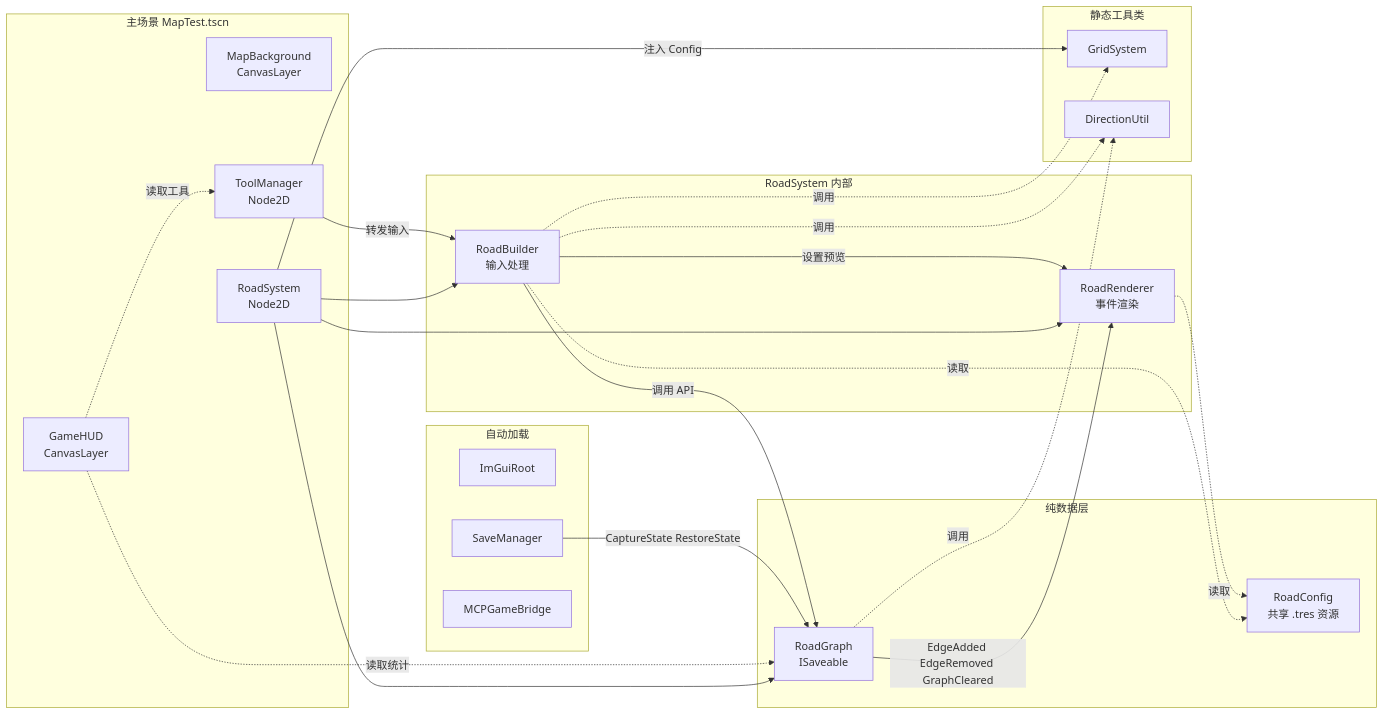
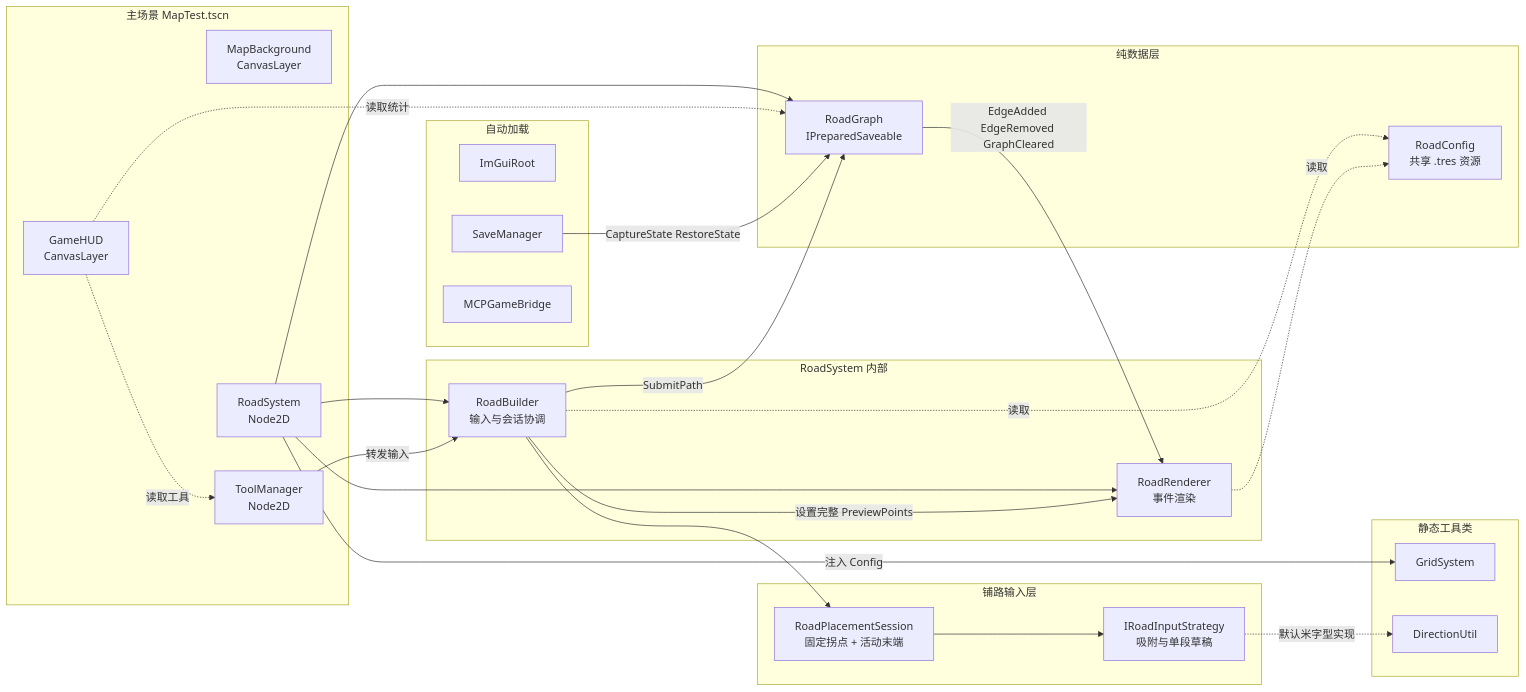
The first of 9 diagrams in docs/reference/game-logic.md (xianfishyu/SimpleCities), drawn with Mermaid before and after one commit. The commit also changed other lines of this file and 12 other files, not shown here.

````diff
--- a/docs/reference/game-logic.md
+++ b/docs/reference/game-logic.md
@@ -11,52 +11,57 @@
 ```mermaid
 flowchart LR
     subgraph Autoload["自动加载"]
         ImGuiRoot["ImGuiRoot"]
         SaveMgr["SaveManager"]
         MCP["MCPGameBridge"]
     end
 
     subgraph SceneTree["主场景 MapTest.tscn"]
         MapBg["MapBackground<br/>CanvasLayer"]
         RoadSys["RoadSystem<br/>Node2D"]
         ToolMgr["ToolManager<br/>Node2D"]
         GameHUD["GameHUD<br/>CanvasLayer"]
     end
 
     subgraph RoadInternal["RoadSystem 内部"]
-        RoadBuilder["RoadBuilder<br/>输入处理"]
+        RoadBuilder["RoadBuilder<br/>输入与会话协调"]
         RoadRenderer["RoadRenderer<br/>事件渲染"]
     end
 
+    subgraph RoadInput["铺路输入层"]
+        Placement["RoadPlacementSession<br/>固定拐点 + 活动末端"]
+        Strategy["IRoadInputStrategy<br/>吸附与单段草稿"]
+    end
+
     subgraph Data["纯数据层"]
-        RoadGraph["RoadGraph<br/>ISaveable"]
+        RoadGraph["RoadGraph<br/>IPreparedSaveable"]
         RoadConfig["RoadConfig<br/>共享 .tres 资源"]
     end
 
     subgraph Util["静态工具类"]
         GridSystem["GridSystem"]
         DirectionUtil["DirectionUtil"]
     end
 
     RoadSys --> RoadBuilder
     RoadSys --> RoadRenderer
     RoadSys --> RoadGraph
     RoadSys -->|注入 Config| GridSystem
 
-    RoadBuilder -->|调用 API| RoadGraph
-    RoadBuilder -->|设置预览| RoadRenderer
+    RoadBuilder -->|SubmitPath| RoadGraph
+    RoadBuilder -->|设置完整 PreviewPoints| RoadRenderer
     RoadBuilder -.读取.-> RoadConfig
-    RoadBuilder -.调用.-> GridSystem
-    RoadBuilder -.调用.-> DirectionUtil
+    RoadBuilder --> Placement
+    Placement --> Strategy
+    Strategy -.默认米字型实现.-> DirectionUtil
 
     RoadGraph -->|EdgeAdded EdgeRemoved GraphCleared| RoadRenderer
-    RoadGraph -.调用.-> DirectionUtil
 
     RoadRenderer -.读取.-> RoadConfig
 
     ToolMgr -->|转发输入| RoadBuilder
     GameHUD -.读取统计.-> RoadGraph
     GameHUD -.读取工具.-> ToolMgr
 
     SaveMgr -->|CaptureState RestoreState| RoadGraph
 ```
````
